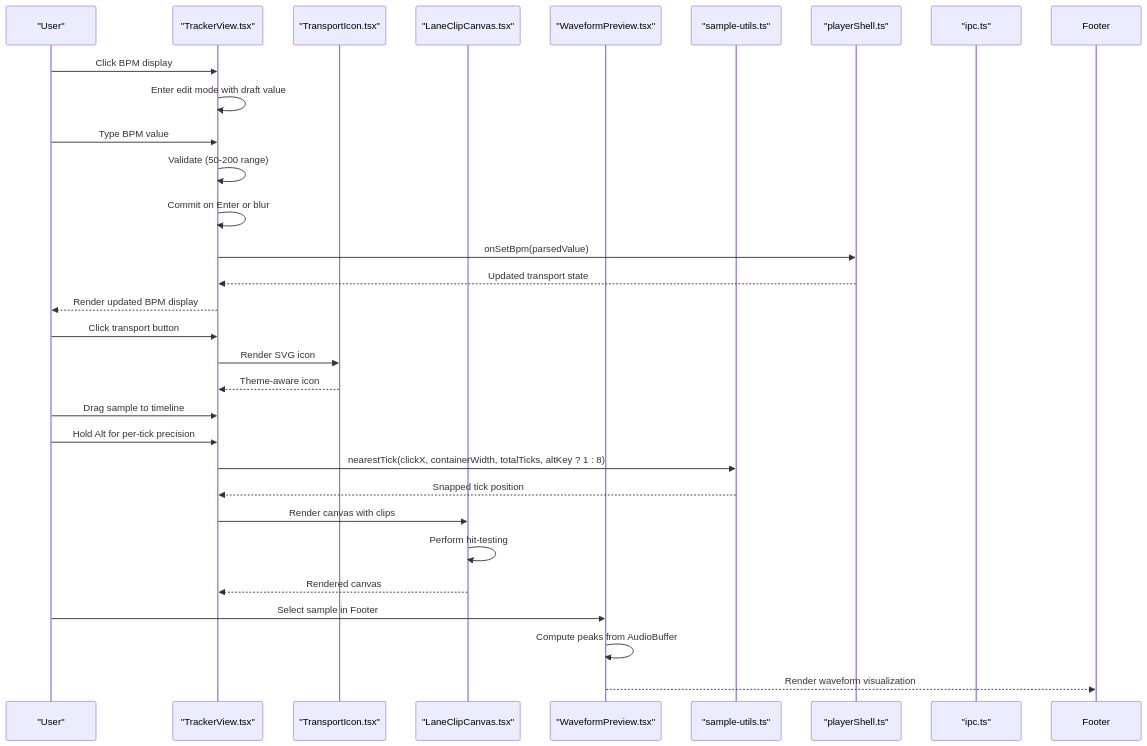
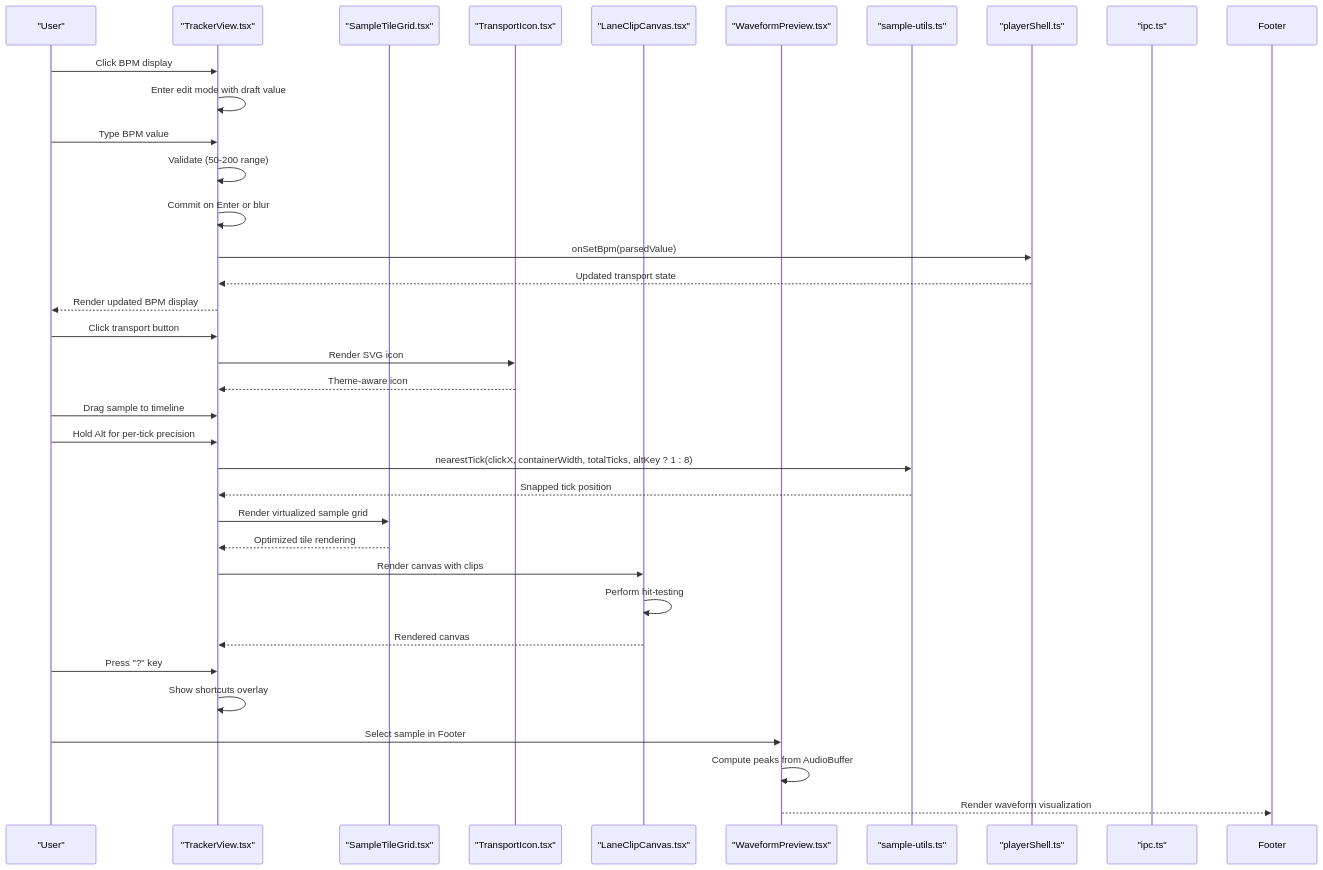
The seventh of 8 diagrams in .qoder/repowiki/en/content/Core Components/UI Components.md (satyrlord/mixjam-electron), drawn with Mermaid before and after one commit. The commit also changed other lines of this file and 37 other files, not shown here.

````diff
--- a/.qoder/repowiki/en/content/Core Components/UI Components.md
+++ b/.qoder/repowiki/en/content/Core Components/UI Components.md
@@ -570,32 +744,37 @@
 ```mermaid
 sequenceDiagram
 participant User as "User"
 participant TV as "TrackerView.tsx"
+participant STG as "SampleTileGrid.tsx"
 participant WI as "TransportIcon.tsx"
 participant LCC as "LaneClipCanvas.tsx"
 participant WP as "WaveformPreview.tsx"
 participant SU as "sample-utils.ts"
 participant PS as "playerShell.ts"
 participant IPC as "ipc.ts"
 User->>TV : Click BPM display
 TV->>TV : Enter edit mode with draft value
 User->>TV : Type BPM value
 TV->>TV : Validate (50-200 range)
 TV->>TV : Commit on Enter or blur
 TV->>PS : onSetBpm(parsedValue)
 PS-->>TV : Updated transport state
 TV-->>User : Render updated BPM display
 User->>TV : Click transport button
 TV->>WI : Render SVG icon
 WI-->>TV : Theme-aware icon
 User->>TV : Drag sample to timeline
 User->>TV : Hold Alt for per-tick precision
 TV->>SU : nearestTick(clickX, containerWidth, totalTicks, altKey ? 1 : 8)
 SU-->>TV : Snapped tick position
+TV->>STG : Render virtualized sample grid
+STG-->>TV : Optimized tile rendering
 TV->>LCC : Render canvas with clips
 LCC->>LCC : Perform hit-testing
 LCC-->>TV : Rendered canvas
+User->>TV : Press "?" key
+TV->>TV : Show shortcuts overlay
 User->>WP : Select sample in Footer
 WP->>WP : Compute peaks from AudioBuffer
 WP-->>Footer : Render waveform visualization
 ```
````
